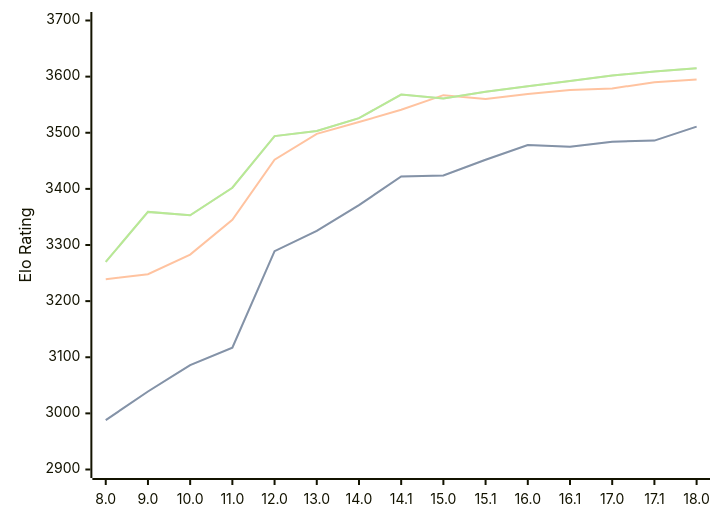
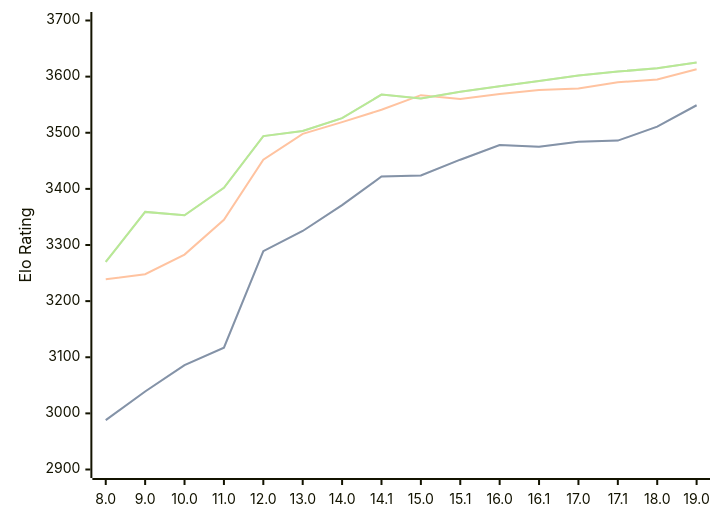
Before and after one commit to computer-chess-index/cci: the diagram in engines/Stockfish.md, drawn with Mermaid. The commit also changed other lines of this file, not shown here.

Commit message:
Update CCI Ratings (ELO VLTC) - 2026-09-06

````diff
--- a/engines/Stockfish.md
+++ b/engines/Stockfish.md
@@ -46,11 +46,11 @@
 ```mermaid
 %%{init: {"theme":"base","themeVariables":{"seriesColors:['#a3a3a3','#222221','#faa371']}}}%%
 xychart-beta
-  x-axis ["8.0", "9.0", "10.0", "11.0", "12.0", "13.0", "14.0", "14.1", "15.0", "15.1", "16.0", "16.1", "17.0", "17.1", "18.0"]
+  x-axis ["8.0", "9.0", "10.0", "11.0", "12.0", "13.0", "14.0", "14.1", "15.0", "15.1", "16.0", "16.1", "17.0", "17.1", "18.0", "19.0"]
   y-axis "Elo Rating" 2900 --> 3700
-  line "" [2988, 3039, 3086, 3117, 3289, 3325, 3371, 3422, 3424, 3452, 3478, 3475, 3484, 3486, 3511]
-  line "STC (8.0+0.08s)" [2988, 3039, 3086, 3117, 3289, 3325, 3371, 3422, 3424, 3452, 3478, 3475, 3484, 3486, 3511]
-  line "LTC (60.0+0.60s)" [3239, 3248, 3283, 3345, 3452, 3498, 3519, 3541, 3567, 3560, 3569, 3576, 3579, 3590, 3595]
-  line "" [3270, 3359, 3353, 3402, 3494, 3503, 3526, 3568, 3561, 3573, 3583, 3592, 3602, 3609, 3615]
-  line "VLTC (2m24s+1.12s)" [3270, 3359, 3353, 3402, 3494, 3503, 3526, 3568, 3561, 3573, 3583, 3592, 3602, 3609, 3615]
+  line "" [2988, 3039, 3086, 3117, 3289, 3325, 3371, 3422, 3424, 3452, 3478, 3475, 3484, 3486, 3511, 3549]
+  line "STC (8.0+0.08s)" [2988, 3039, 3086, 3117, 3289, 3325, 3371, 3422, 3424, 3452, 3478, 3475, 3484, 3486, 3511, 3549]
+  line "LTC (60.0+0.60s)" [3239, 3248, 3283, 3345, 3452, 3498, 3519, 3541, 3567, 3560, 3569, 3576, 3579, 3590, 3595, 3613]
+  line "" [3270, 3359, 3353, 3402, 3494, 3503, 3526, 3568, 3561, 3573, 3583, 3592, 3602, 3609, 3615, 3625]
+  line "VLTC (2m24s+1.12s)" [3270, 3359, 3353, 3402, 3494, 3503, 3526, 3568, 3561, 3573, 3583, 3592, 3602, 3609, 3615, 3625]
 ```
````
